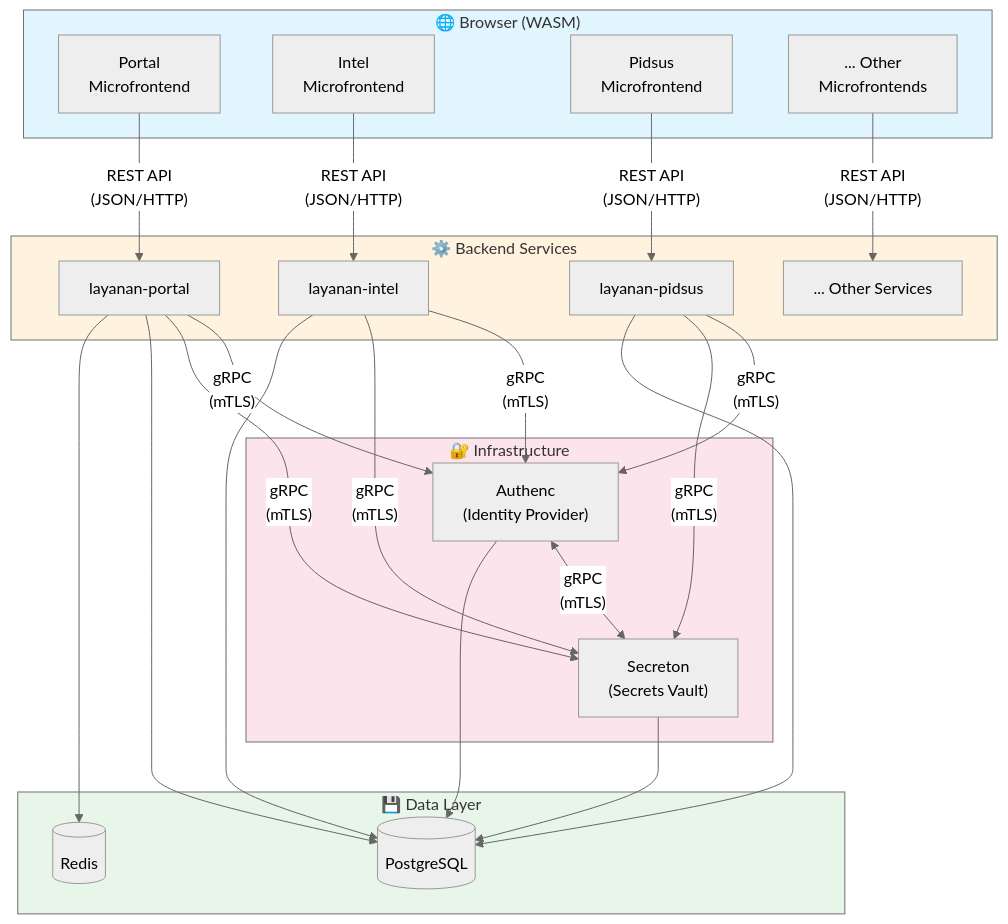
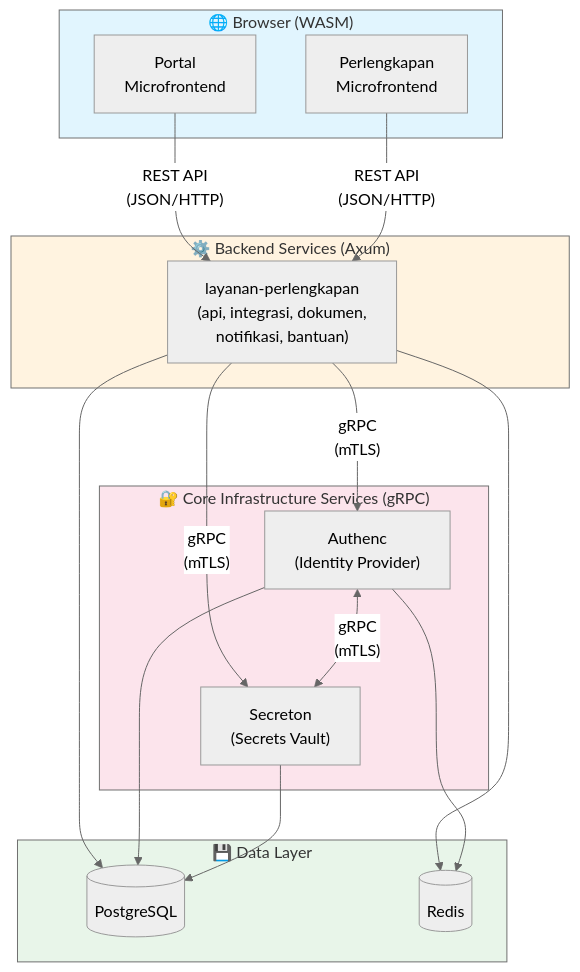
One commit to analisaperlengkapan/simpel2 changed the first of 3 diagrams in AGENTS.md. Above: the diagram before and after it, drawn with Mermaid (neutral theme). The commit also changed other lines of this file and 390 other files, not shown here.

````diff
--- a/AGENTS.md
+++ b/AGENTS.md
@@ -27,56 +30,44 @@
 ```mermaid
 flowchart TB
     subgraph Browser["🌐 Browser (WASM)"]
         MF1["Portal<br/>Microfrontend"]
-        MF2["Intel<br/>Microfrontend"]
-        MF3["Pidsus<br/>Microfrontend"]
-        MFN["... Other<br/>Microfrontends"]
+        MF2["Perlengkapan<br/>Microfrontend"]
     end
 
-    subgraph Backend["⚙️ Backend Services"]
-        LP["layanan-portal"]
-        LI["layanan-intel"]
-        LS["layanan-pidsus"]
-        LN["... Other Services"]
+    subgraph Backend["⚙️ Backend Services (Axum)"]
+        LP["layanan-perlengkapan<br/>(api, integrasi, dokumen,<br/>notifikasi, bantuan)"]
     end
 
-    subgraph Infra["🔐 Infrastructure"]
+    subgraph CoreServices["🔐 Core Infrastructure Services (gRPC)"]
         AUTH["Authenc<br/>(Identity Provider)"]
         SEC["Secreton<br/>(Secrets Vault)"]
     end
 
     subgraph Data["💾 Data Layer"]
         PG[(PostgreSQL)]
         RD[(Redis)]
     end
 
     %% Browser to Backend: REST API only
     MF1 -->|"REST API<br/>(JSON/HTTP)"| LP
-    MF2 -->|"REST API<br/>(JSON/HTTP)"| LI
-    MF3 -->|"REST API<br/>(JSON/HTTP)"| LS
-    MFN -->|"REST API<br/>(JSON/HTTP)"| LN
+    MF2 -->|"REST API<br/>(JSON/HTTP)"| LP
 
     %% Backend to Infrastructure: gRPC only
     LP -->|"gRPC<br/>(mTLS)"| AUTH
     LP -->|"gRPC<br/>(mTLS)"| SEC
-    LI -->|"gRPC<br/>(mTLS)"| AUTH
-    LI -->|"gRPC<br/>(mTLS)"| SEC
-    LS -->|"gRPC<br/>(mTLS)"| AUTH
-    LS -->|"gRPC<br/>(mTLS)"| SEC
 
     %% Infrastructure internal
     AUTH <-->|"gRPC<br/>(mTLS)"| SEC
 
     %% Data access
     LP --> PG
     LP --> RD
-    LI --> PG
-    LS --> PG
     AUTH --> PG
+    AUTH --> RD
     SEC --> PG
 
     style Browser fill:#e1f5fe
     style Backend fill:#fff3e0
-    style Infra fill:#fce4ec
+    style CoreServices fill:#fce4ec
     style Data fill:#e8f5e9
 ```
````
